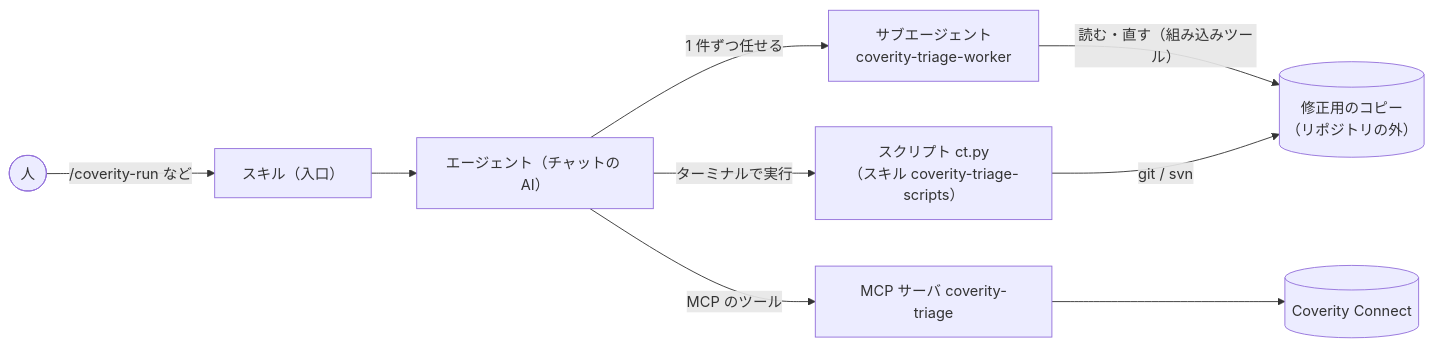
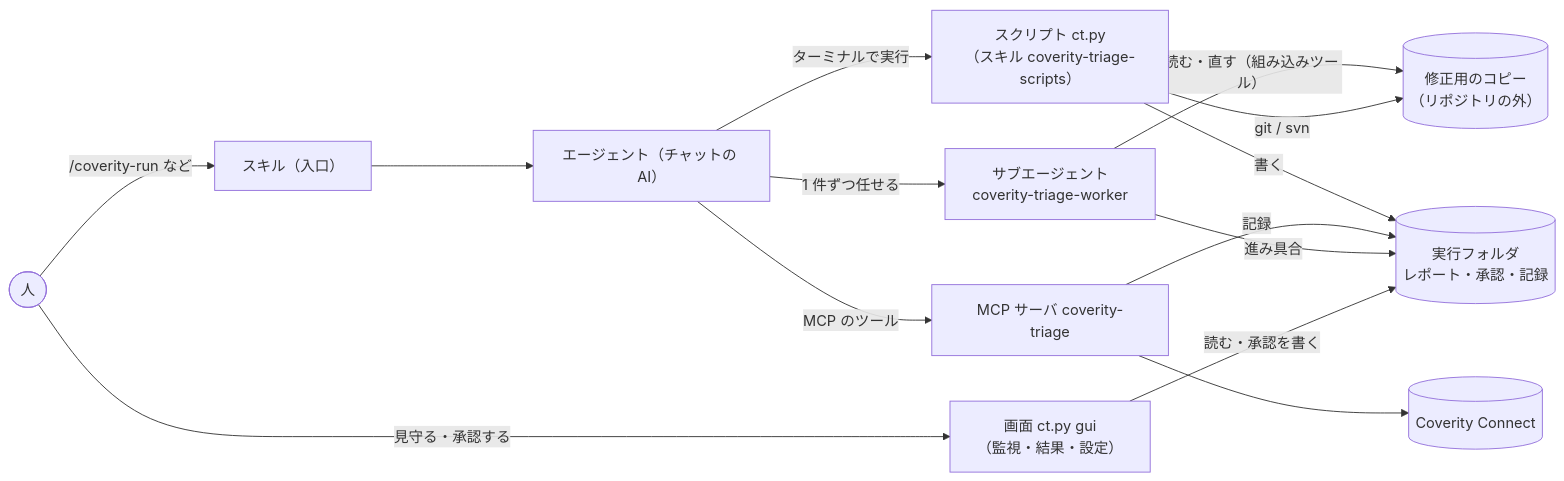
The diagram in docs/development.md (imaeda-hub/coverity-triage-agent), drawn with Mermaid before and after one commit. The commit also changed other lines of this file and 54 other files, not shown here.

````diff
--- a/docs/development.md
+++ b/docs/development.md
@@ -16,11 +16,16 @@
 ```mermaid
 flowchart LR
     U([人]) -- "/coverity-run など" --> S["スキル（入口）"]
     S --> A["エージェント（チャットの AI）"]
     A -- "ターミナルで実行" --> C["スクリプト ct.py<br>（スキル coverity-triage-scripts）"]
     A -- "MCP のツール" --> M["MCP サーバ coverity-triage"]
     M --> X[("Coverity Connect")]
     A -- "1 件ずつ任せる" --> W["サブエージェント<br>coverity-triage-worker"]
     W -- "読む・直す（組み込みツール）" --> F[("修正用のコピー<br>（リポジトリの外）")]
     C -- "git / svn" --> F
+    C -- "書く" --> R[("実行フォルダ<br>レポート・承認・記録")]
+    M -- "記録" --> R
+    W -- "進み具合" --> R
+    U -- "見守る・承認する" --> G["画面 ct.py gui<br>（監視・結果・設定）"]
+    G -- "読む・承認を書く" --> R
 ```
````
